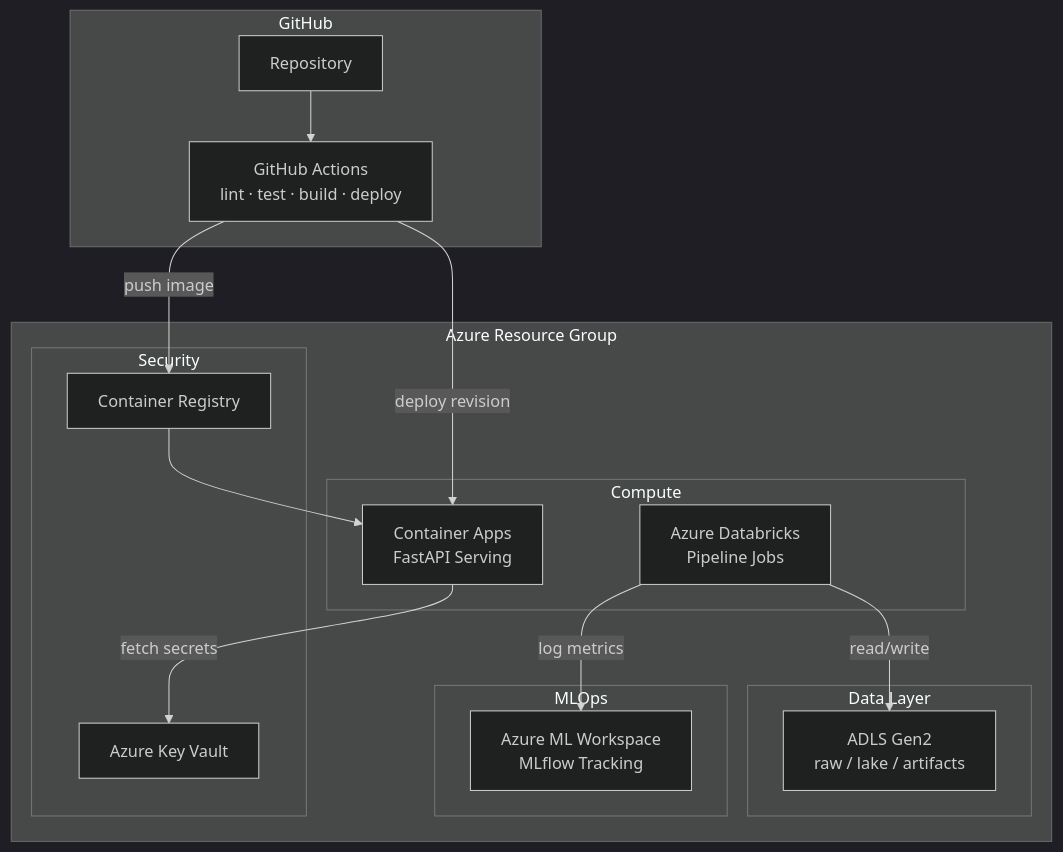
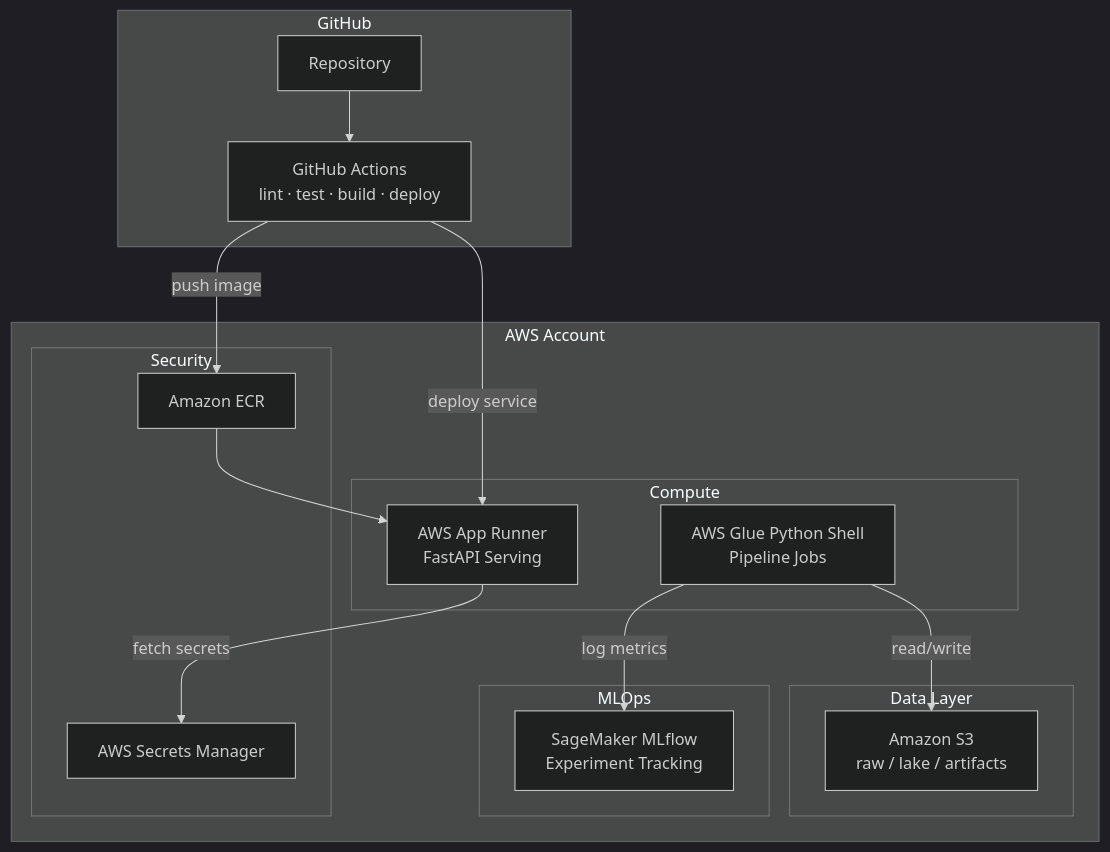
Before and after one commit to Anirudh3232/agentic-rag-qa: the second of 2 diagrams in lakehouse-mlops-agentic-qa/README.md, drawn with Mermaid (dark theme). The commit also changed other lines of this file and 20 other files, not shown here.

Commit message:
Convert deployment path from Azure to AWS App Runner

````diff
--- a/lakehouse-mlops-agentic-qa/README.md
+++ b/lakehouse-mlops-agentic-qa/README.md
@@ -68,33 +68,33 @@
 ```mermaid
 flowchart TB
   subgraph gh [GitHub]
     Repo[Repository] --> Actions[GitHub Actions<br/>lint · test · build · deploy]
   end
 
-  subgraph azure [Azure Resource Group]
+  subgraph aws [AWS Account]
     subgraph data [Data Layer]
-      ADLS[ADLS Gen2<br/>raw / lake / artifacts]
+      S3[Amazon S3<br/>raw / lake / artifacts]
     end
 
     subgraph compute [Compute]
-      Databricks[Azure Databricks<br/>Pipeline Jobs]
-      ContainerApp[Container Apps<br/>FastAPI Serving]
+      Glue[AWS Glue Python Shell<br/>Pipeline Jobs]
+      AppRunner[AWS App Runner<br/>FastAPI Serving]
     end
 
     subgraph mlops [MLOps]
-      AzureML[Azure ML Workspace<br/>MLflow Tracking]
+      SageMaker[SageMaker MLflow<br/>Experiment Tracking]
     end
 
     subgraph security [Security]
-      KeyVault[Azure Key Vault]
-      ACR[Container Registry]
+      SecretsManager[AWS Secrets Manager]
+      ECR[Amazon ECR]
     end
   end
 
-  Actions -->|push image| ACR
-  Actions -->|deploy revision| ContainerApp
-  ACR --> ContainerApp
-  Databricks -->|read/write| ADLS
-  ContainerApp -->|fetch secrets| KeyVault
-  Databricks -->|log metrics| AzureML
+  Actions -->|push image| ECR
+  Actions -->|deploy service| AppRunner
+  ECR --> AppRunner
+  Glue -->|read/write| S3
+  AppRunner -->|fetch secrets| SecretsManager
+  Glue -->|log metrics| SageMaker
 ```
````
